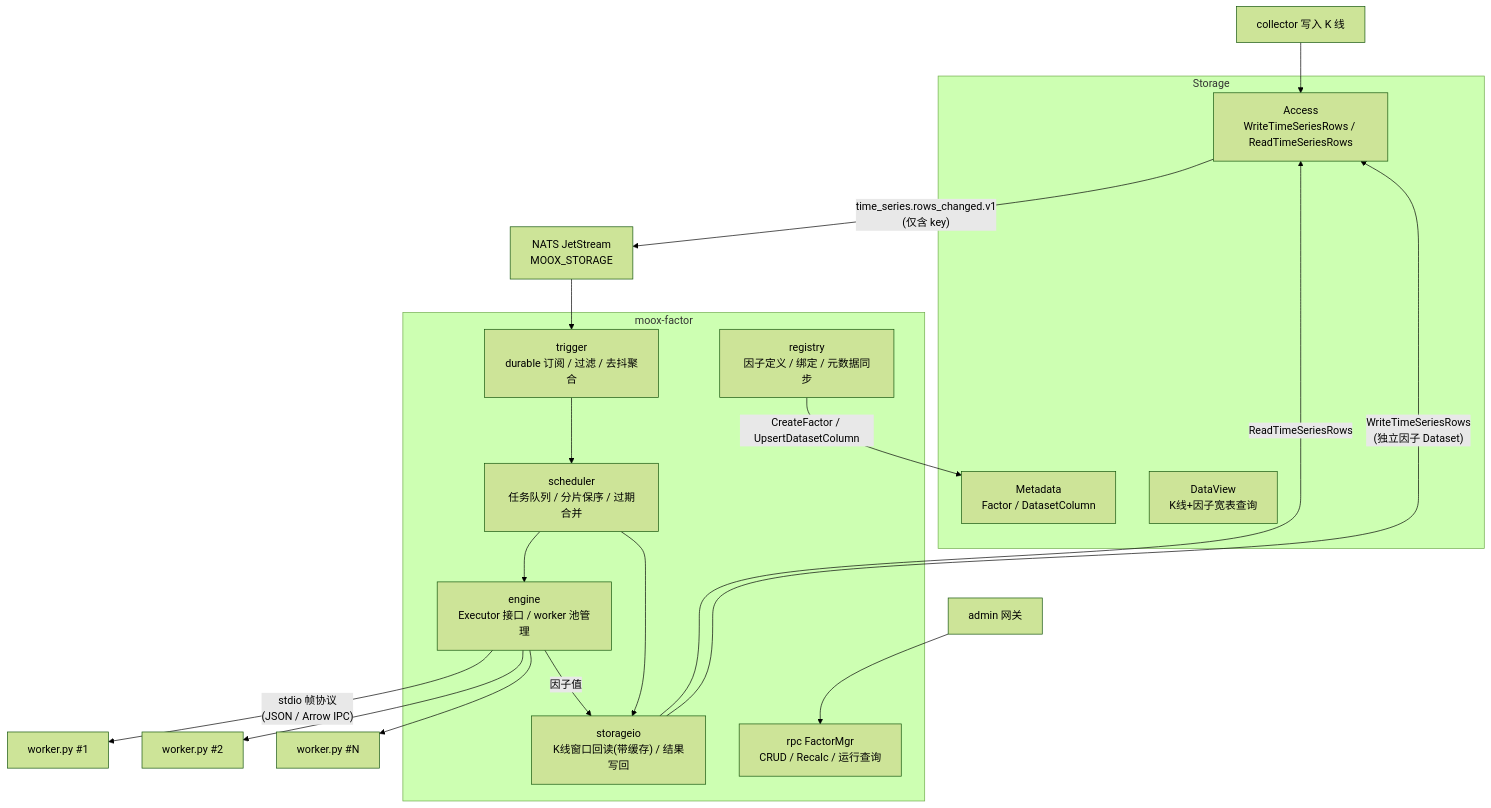
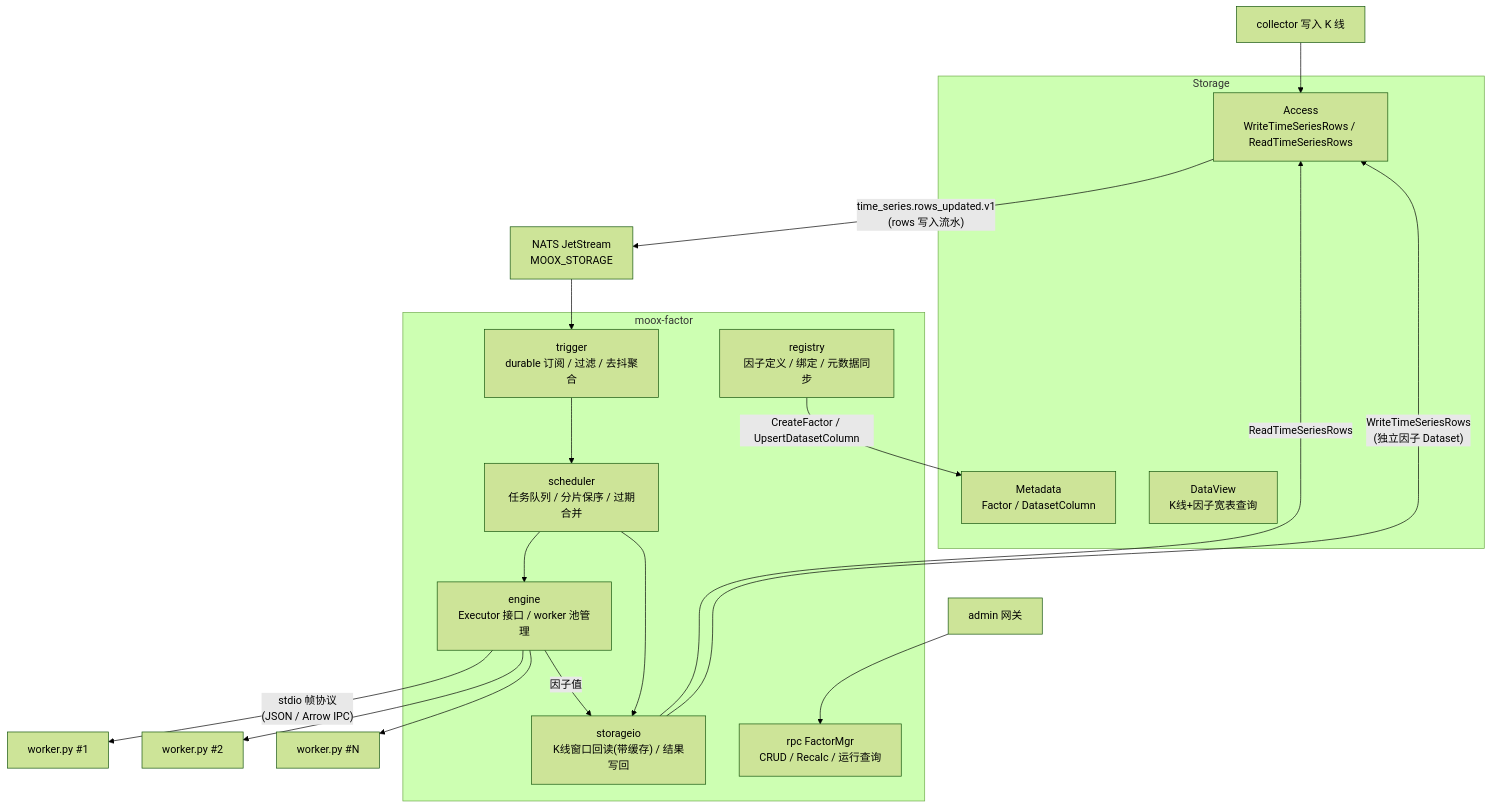
Before and after one commit to mooyang-code/moox: the second of 3 diagrams in docs/因子计算模块设计.md, drawn with Mermaid (forest theme). The commit also changed other lines of this file and 31 other files, not shown here.

````diff
--- a/docs/因子计算模块设计.md
+++ b/docs/因子计算模块设计.md
@@ -59,31 +59,31 @@
 ```mermaid
 flowchart TB
   subgraph storage["Storage"]
     Access["Access<br/>WriteTimeSeriesRows / ReadTimeSeriesRows"]
     Meta["Metadata<br/>Factor / DatasetColumn"]
     View["DataView<br/>K线+因子宽表查询"]
   end
 
   Collector["collector 写入 K 线"] --> Access
-  Access -- "time_series.rows_changed.v1<br/>(仅含 key)" --> JS["NATS JetStream<br/>MOOX_STORAGE"]
+  Access -- "time_series.rows_updated.v1<br/>(rows 写入流水)" --> JS["NATS JetStream<br/>MOOX_STORAGE"]
 
   subgraph factor["moox-factor"]
     Trigger["trigger<br/>durable 订阅 / 过滤 / 去抖聚合"]
     Sched["scheduler<br/>任务队列 / 分片保序 / 过期合并"]
     SIO["storageio<br/>K线窗口回读(带缓存) / 结果写回"]
     Engine["engine<br/>Executor 接口 / worker 池管理"]
     Registry["registry<br/>因子定义 / 绑定 / 元数据同步"]
     RPC["rpc FactorMgr<br/>CRUD / Recalc / 运行查询"]
   end
 
   JS --> Trigger --> Sched --> Engine
   Sched --> SIO
   SIO -- ReadTimeSeriesRows --> Access
   Engine -- "stdio 帧协议<br/>(JSON / Arrow IPC)" --> W1["worker.py #1"]
   Engine --> W2["worker.py #2"]
   Engine --> WN["worker.py #N"]
   Engine -- 因子值 --> SIO
   SIO -- "WriteTimeSeriesRows<br/>(独立因子 Dataset)" --> Access
   Registry -- "CreateFactor / UpsertDatasetColumn" --> Meta
   Admin["admin 网关"] --> RPC
 ```
````
